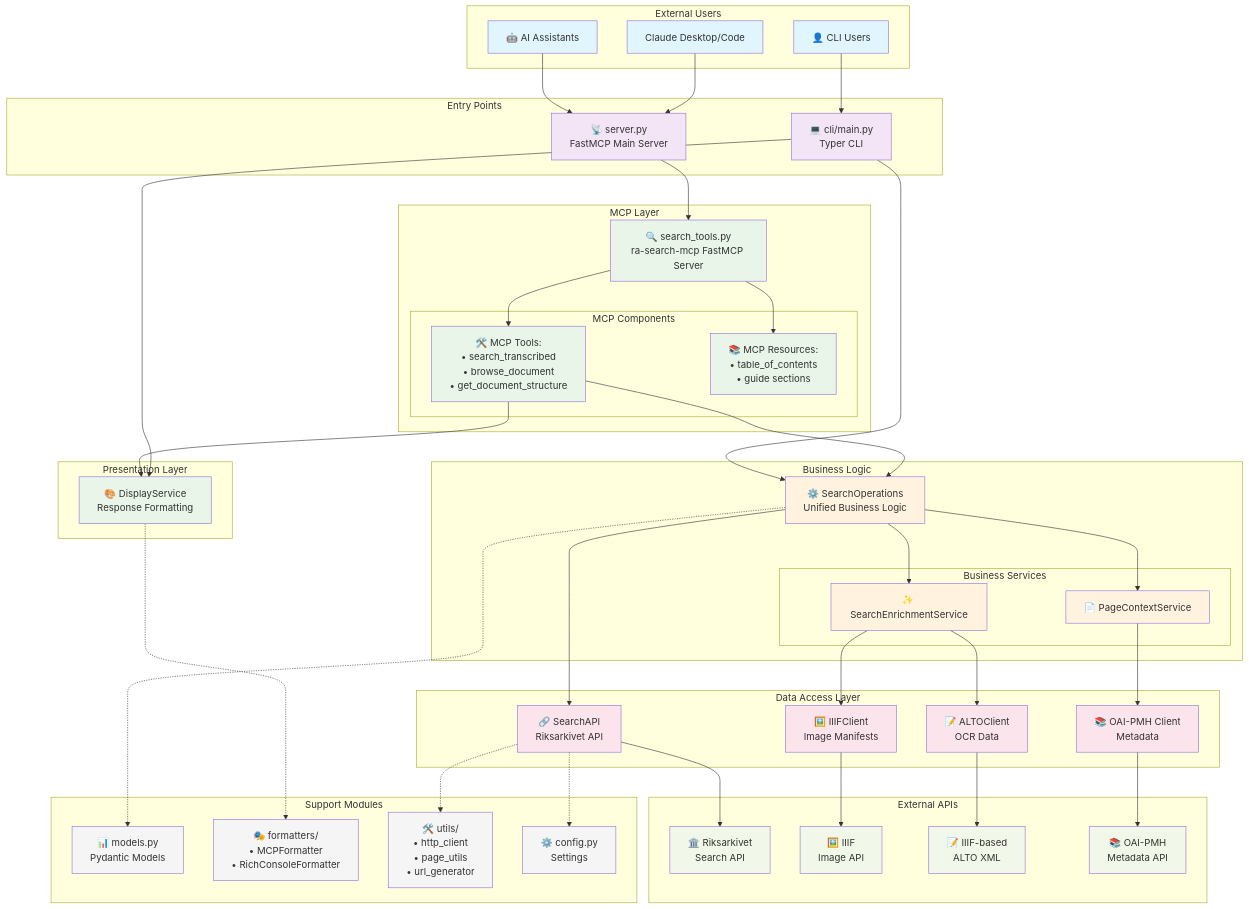
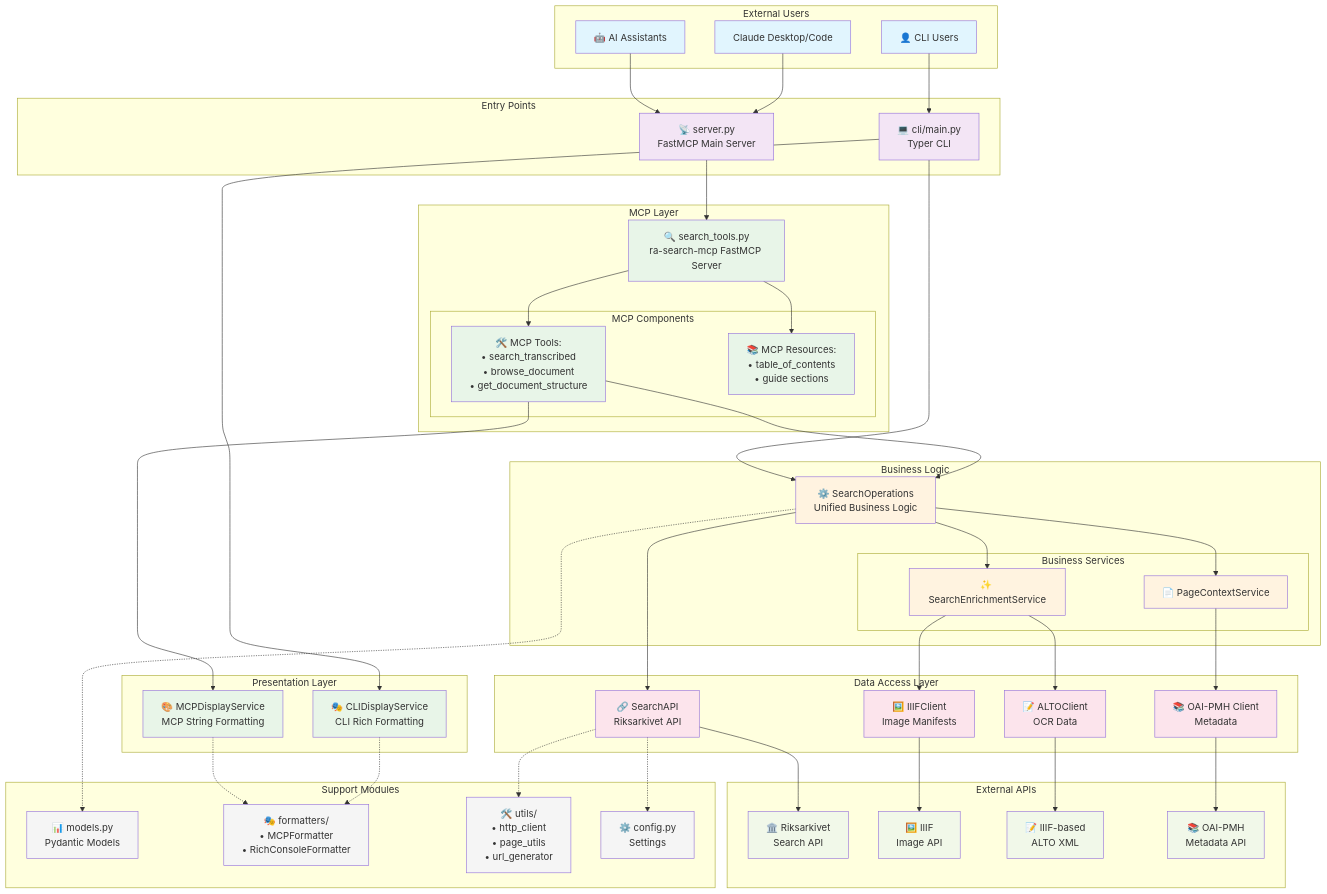
One commit to AI-Riksarkivet/ra-mcp changed the first of 5 diagrams in docs/architecture-diagrams.md. Above: the diagram before and after it, drawn with Mermaid. The commit also changed other lines of this file and 7 other files, not shown here.

First line of the commit message:
refactor(services): split DisplayService into interface-specific services

```diff
--- a/docs/architecture-diagrams.md
+++ b/docs/architecture-diagrams.md
@@ -38,7 +38,8 @@
 
    
     subgraph "Presentation Layer"
-        DISPLAY[🎨 DisplayService<br/>Response Formatting]
+        MCP_DISPLAY[🎨 MCPDisplayService<br/>MCP String Formatting]
+        CLI_DISPLAY[🎭 CLIDisplayService<br/>CLI Rich Formatting]
     end
 
     subgraph "Data Access Layer"
@@ -82,8 +83,8 @@
     SEARCH_OPS --> PAGE_CONTEXT
 
     %% Interface layer to display
-    TOOLS --> DISPLAY
-    CLIMAIN --> DISPLAY
+    TOOLS --> MCP_DISPLAY
+    CLIMAIN --> CLI_DISPLAY
 
     %% Data access
     SEARCH_CLIENT --> RA_API
@@ -97,7 +98,8 @@
 
     %% Support dependencies
     SEARCH_OPS -.-> MODELS
-    DISPLAY -.-> FORMATTERS
+    MCP_DISPLAY -.-> FORMATTERS
+    CLI_DISPLAY -.-> FORMATTERS
     SEARCH_CLIENT -.-> UTILS
     SEARCH_CLIENT -.-> CONFIG
 
@@ -114,7 +116,7 @@
     class SERVER,CLIMAIN entryClass
     class SEARCH_MCP,TOOLS,RESOURCES mcpClass
     class SEARCH_OPS,ENRICHMENT,PAGE_CONTEXT businessClass
-    class DISPLAY presentationClass
+    class MCP_DISPLAY,CLI_DISPLAY presentationClass
     class SEARCH_CLIENT,IIIF_CLIENT,ALTO_CLIENT,OAI_CLIENT dataClass
     class RA_API,IIIF_API,ALTO_API,OAI_API apiClass
     class MODELS,FORMATTERS,UTILS,CONFIG supportClass
```
